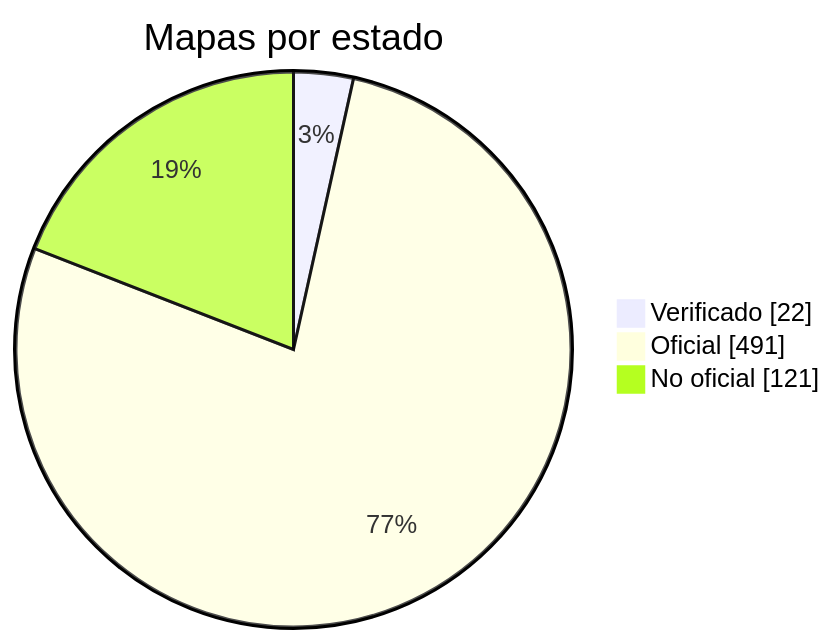
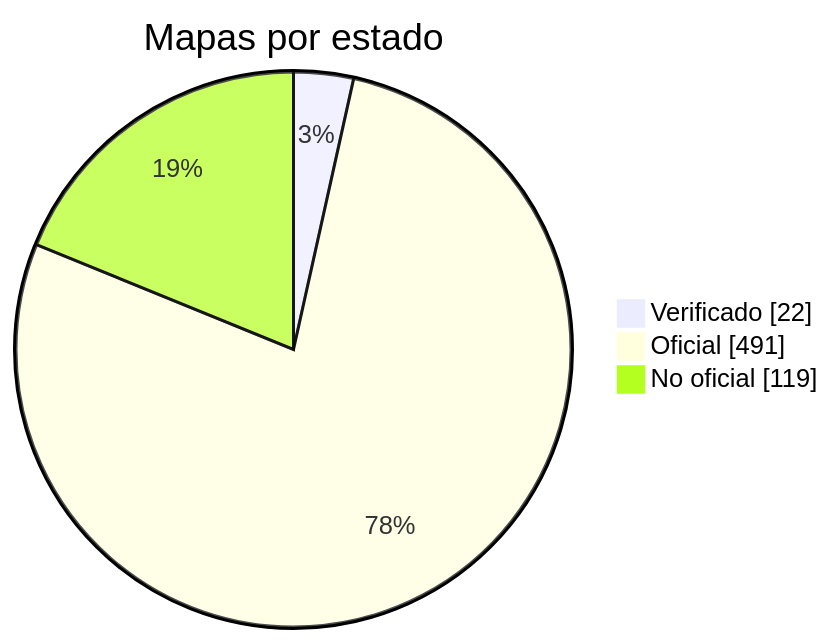
The diagram in docs/readme/README_ES.md (nobrega8/mbmap-library), drawn with Mermaid before and after one commit. The commit also changed 9 other files, not shown here.

````diff
--- a/docs/readme/README_ES.md
+++ b/docs/readme/README_ES.md
@@ -54,7 +54,7 @@
 ```mermaid
 pie showData
     title Mapas por estado
     "Verificado" : 22
     "Oficial" : 491
-    "No oficial" : 121
+    "No oficial" : 119
 ```
````
